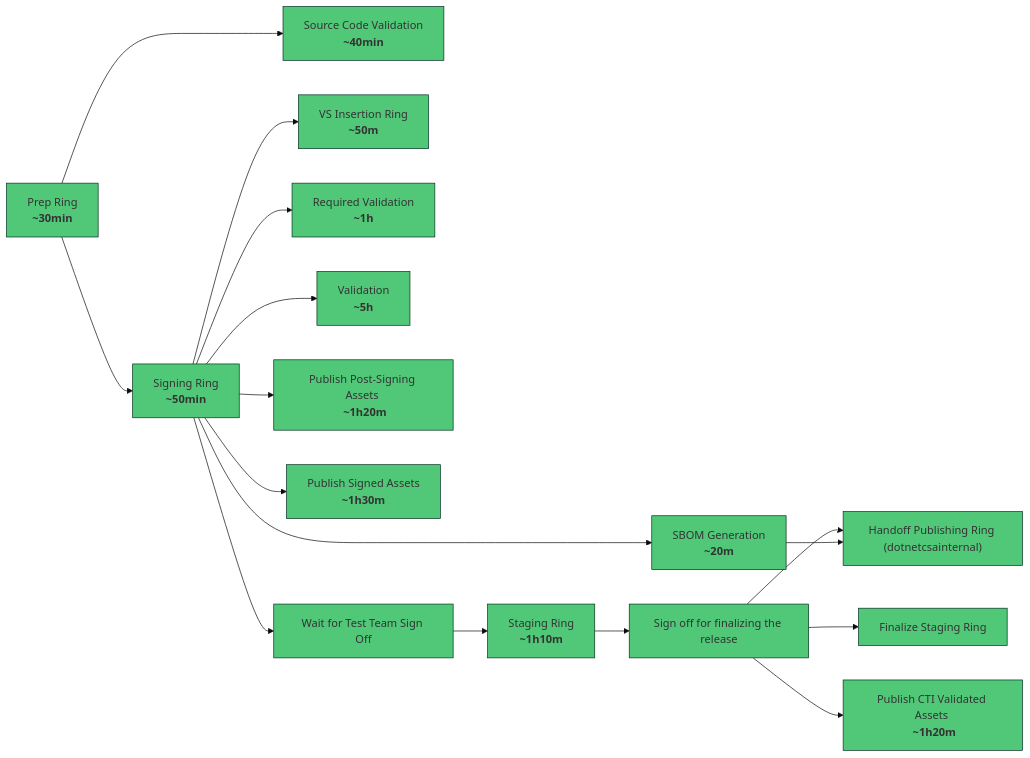
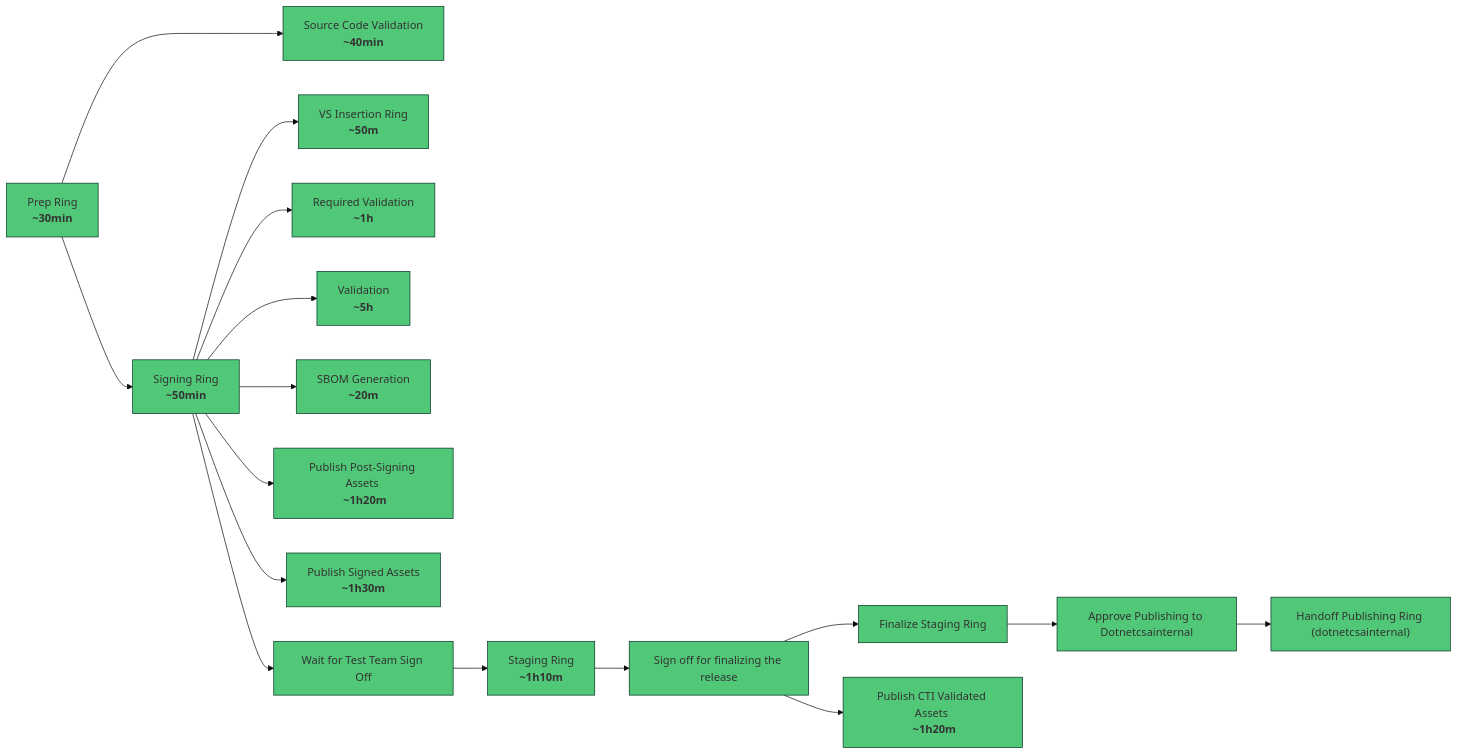
The second of 2 diagrams in Documentation/TeamProcess/One-Pagers/bcm-emergency-staging-pipeline-optimizations-12261.md (dotnet/arcade), drawn with Mermaid (base theme) before and after one commit.

Commit message:
update picture

````diff
--- a/Documentation/TeamProcess/One-Pagers/bcm-emergency-staging-pipeline-optimizations-12261.md
+++ b/Documentation/TeamProcess/One-Pagers/bcm-emergency-staging-pipeline-optimizations-12261.md
@@ -47,19 +47,19 @@
 ```mermaid
 flowchart LR
   prep["Prep Ring \n <b>~30min</b>"] --> signing["Signing Ring \n <b>~50min</b>"]
   prep ---> source_code_validation["Source Code Validation \n <b>~40min</b>"]
   signing --> vs_insertion["VS Insertion Ring \n <b>~50m</b>"]
   signing --> required_validation["Required Validation \n <b>~1h</b>"]
   signing --> validation["Validation \n <b>~5h</b>"]
   signing --> sbom_generation["SBOM Generation \n <b>~20m</b>"]
   signing --> publishing_v3_signed["Publish Post-Signing Assets \n <b>~1h20m</b>"]
   signing --> post_signing_publishing["Publish Signed Assets \n <b>~1h30m</b>"]
   signing --> cti_sign_off[Wait for Test Team Sign Off]
   cti_sign_off --> staging["Staging Ring \n <b>~1h10m</b>"]
   staging --> finalize_sign_off[Sign off for finalizing the release]
   finalize_sign_off --> finalize_staging[Finalize Staging Ring]
   finalize_sign_off --> publishing_v3_validated["Publish CTI Validated Assets \n <b>~1h20m</b>"]
-  finalize_sign_off --> handoff_publishing_dotnetcsainternal["Handoff Publishing Ring (dotnetcsainternal)"]
-  sbom_generation --> handoff_publishing_dotnetcsainternal
+  finalize_staging --> handoff_sign_off_dotnetcsainternal[Approve Publishing to Dotnetcsainternal]
+  handoff_sign_off_dotnetcsainternal --> handoff_publishing_dotnetcsainternal["Handoff Publishing Ring (dotnetcsainternal)"]
   classDef default fill:#50C878, stroke:#023020;
 ```
````
